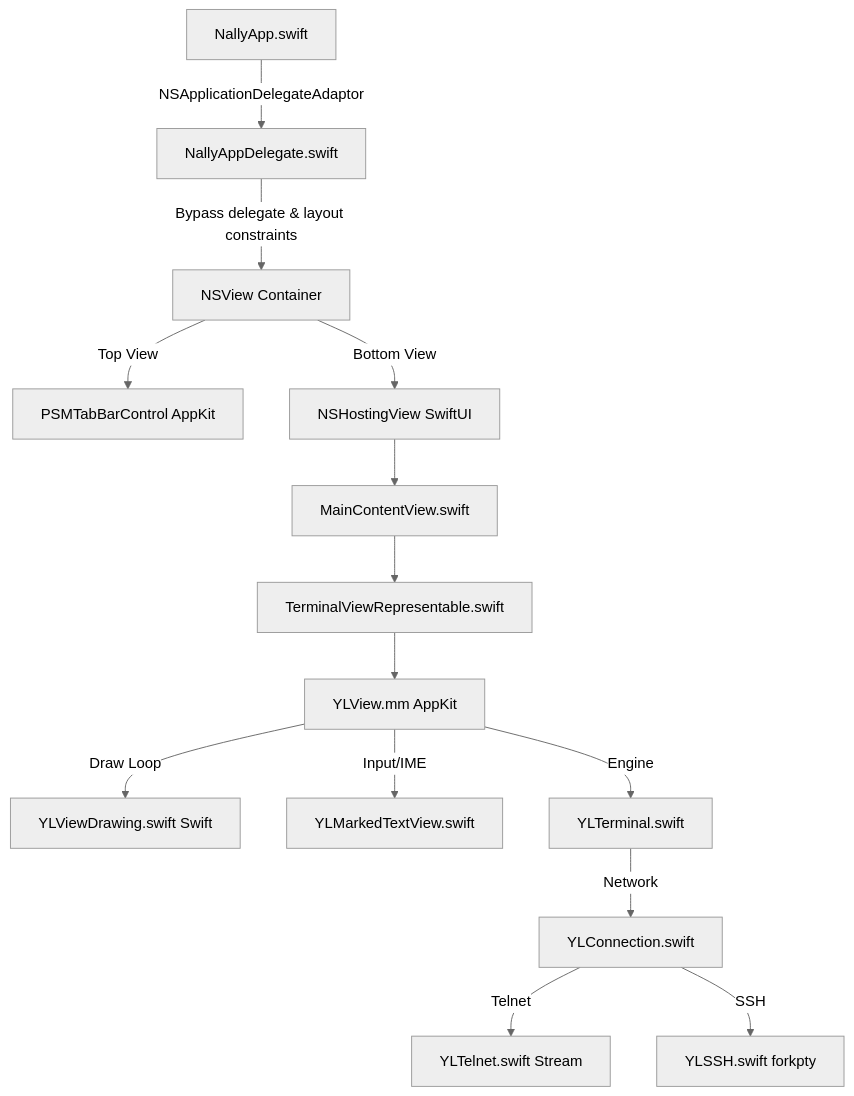
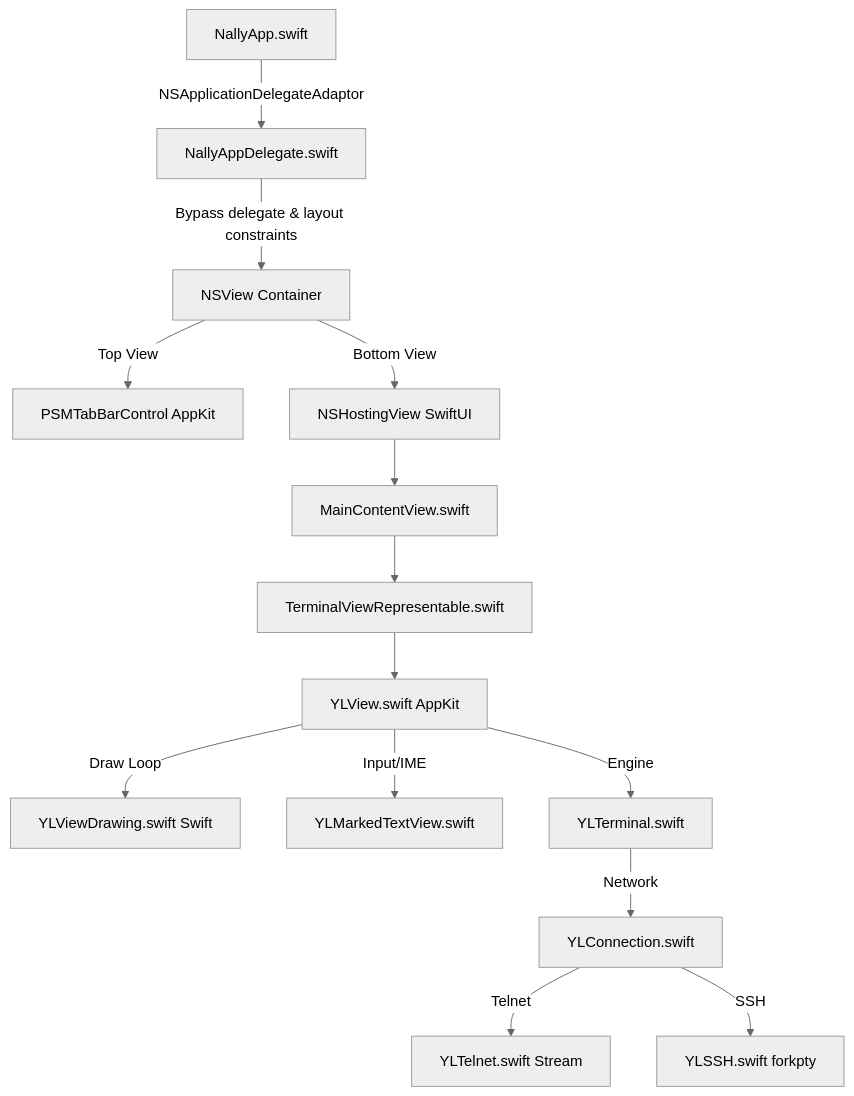
One commit to ericsk/nally-unofficial changed the diagram in NALLY_UNOFFICIAL_SPEC.md. Above: the diagram before and after it, drawn with Mermaid (neutral theme). The commit also changed other lines of this file and 6 other files, not shown here.

Commit message:
refactor: Convert YLView from Objective-C++ to Swift and update specifications

````diff
--- a/NALLY_UNOFFICIAL_SPEC.md
+++ b/NALLY_UNOFFICIAL_SPEC.md
@@ -14,16 +14,16 @@
 ```mermaid
 graph TD
     A[NallyApp.swift] -->|NSApplicationDelegateAdaptor| B[NallyAppDelegate.swift]
     B -->|Bypass delegate & layout constraints| C[NSView Container]
     C -->|Top View| D[PSMTabBarControl AppKit]
     C -->|Bottom View| E[NSHostingView SwiftUI]
     E --> F[MainContentView.swift]
     F --> G[TerminalViewRepresentable.swift]
-    G --> H[YLView.mm AppKit]
+    G --> H[YLView.swift AppKit]
     H -->|Draw Loop| I[YLViewDrawing.swift Swift]
     H -->|Input/IME| J[YLMarkedTextView.swift]
     H -->|Engine| K[YLTerminal.swift]
     K -->|Network| L[YLConnection.swift]
     L -->|Telnet| M[YLTelnet.swift Stream]
     L -->|SSH| N[YLSSH.swift forkpty]
 ```
````
